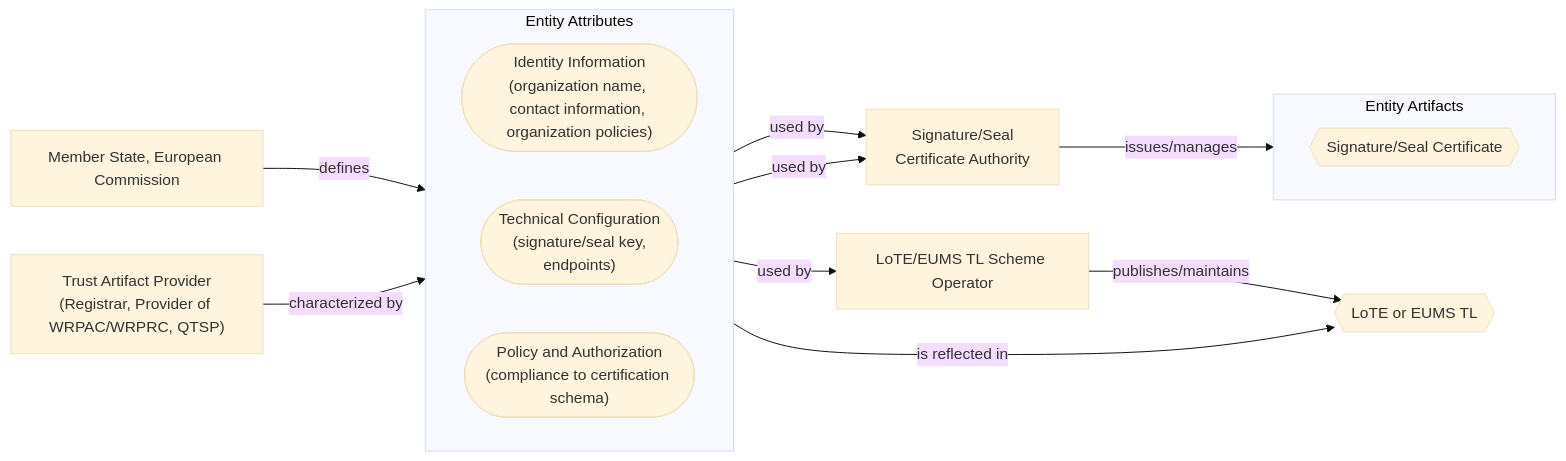
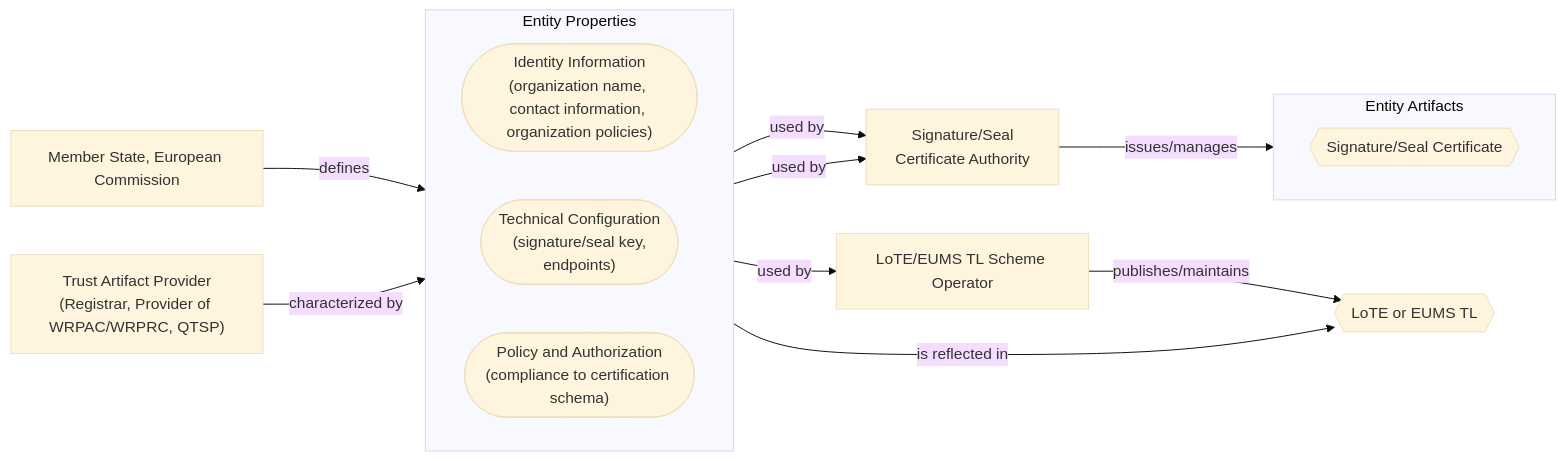
One commit to APTITUDE-Consortium/wp2-trust-specifications changed the third of 5 diagrams in docs/topics/trust-management-process.md. Above: the diagram before and after it, drawn with Mermaid (base theme). The commit also changed other lines of this file, not shown here.

````diff
--- a/docs/topics/trust-management-process.md
+++ b/docs/topics/trust-management-process.md
@@ -201,35 +208,35 @@
 ```mermaid
 flowchart LR
     mid_ent["Trust Artifact Provider<br>(Registrar, Provider of WRPAC/WRPRC, QTSP)"]
 
-    subgraph abst["Entity Attributes"]
+    subgraph abst["Entity Properties"]
         direction LR
         id(["Identity Information<br>(organization name, contact information, organization policies)"])
         tech(["Technical Configuration<br>(signature/seal key,<br> endpoints)"])
         authz(["Policy and Authorization<br>(compliance to certification schema)"])
     end
 
     subgraph arti["Entity Artifacts"]
         direction LR
         csig{{"Signature/Seal Certificate"}}
     end
 
     ms["Member State, European Commission"]
 
     tl{{"LoTE or EUMS TL"}}
 
     ca["Signature/Seal<br>Certificate Authority"]
     tlp["LoTE/EUMS TL Scheme Operator"]
 
     mid_ent --"characterized by"--> abst
 
     id --"used by"--> ca
     tech --"used by"--> ca
     ca --"issues/manages"--> csig
 
     abst --"used by"--> tlp
     tlp --"publishes/maintains"--> tl
 
     ms --"defines"--> authz
     authz --"is reflected in"--> tl
 ```
````
